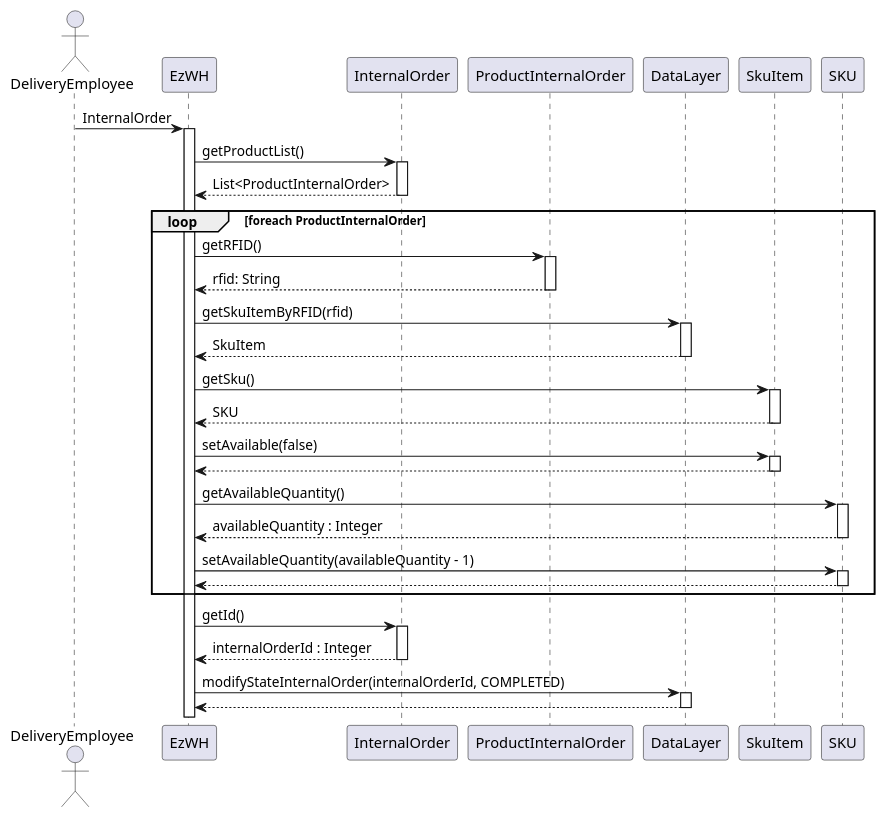
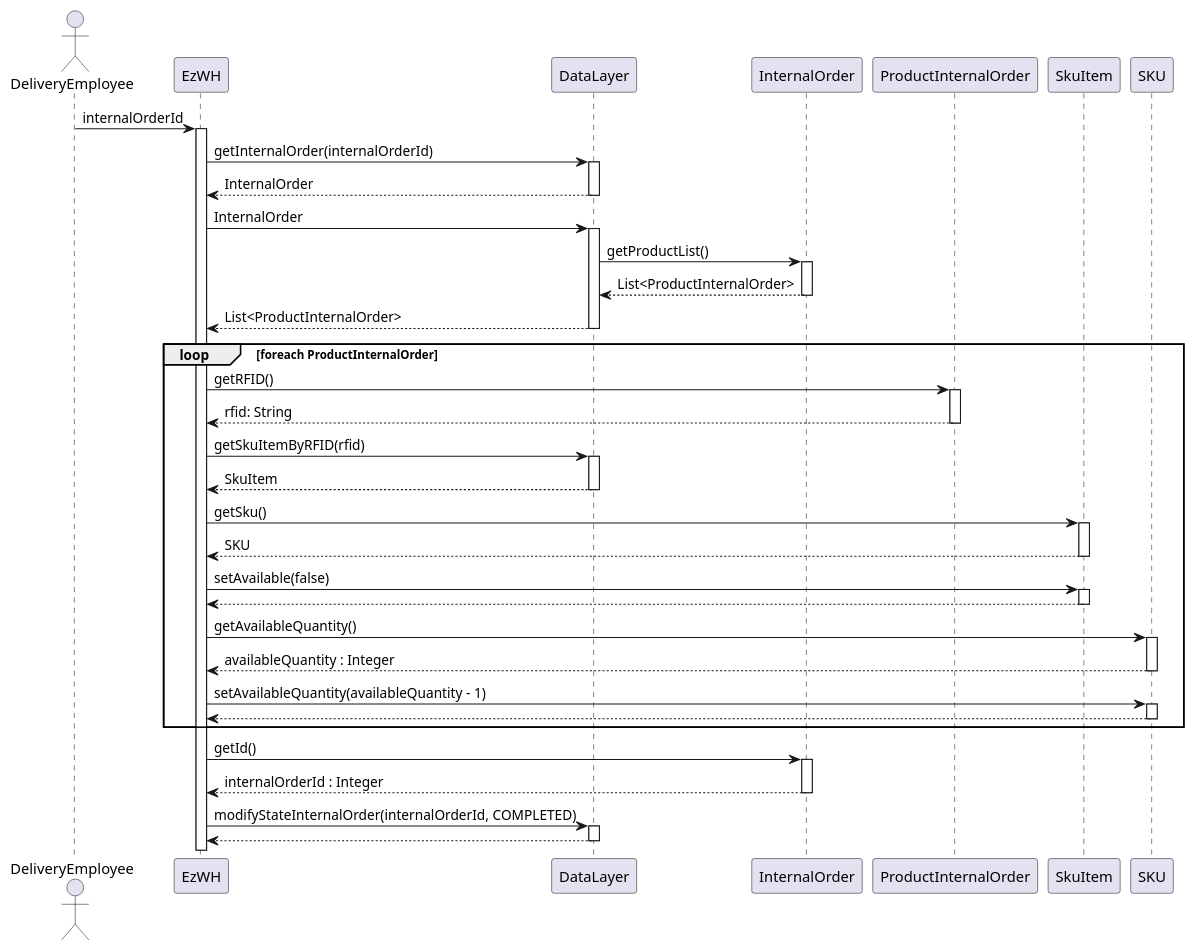
One commit to LucaFilippetti99/EzWh---Software-engineering-project changed the eighth of 8 diagrams in DesignDocument.md. Above: the diagram before and after it, drawn with PlantUML. The commit also changed other lines of this file, not shown here.

Commit message:
Several fixes to classes and 6-1 scenario sequence diagram

````diff
--- a/DesignDocument.md
+++ b/DesignDocument.md
@@ -695,48 +768,57 @@
 ```plantuml
 
 actor DeliveryEmployee
 
-DeliveryEmployee -> EzWH : InternalOrder
+DeliveryEmployee -> EzWH : internalOrderId
 activate EzWH
 
-EzWH -> InternalOrder : getProductList()
+EzWH -> DataLayer : getInternalOrder(internalOrderId)
+activate DataLayer
+return InternalOrder
+
+EzWH -> DataLayer : InternalOrder
+activate DataLayer
+
+DataLayer -> InternalOrder : getProductList()
 activate InternalOrder
+return List<ProductInternalOrder>
+
 return List<ProductInternalOrder>
 
 loop foreach ProductInternalOrder
 
 EzWH -> ProductInternalOrder : getRFID()
 activate ProductInternalOrder
 return rfid: String
 
 EzWH -> DataLayer : getSkuItemByRFID(rfid)
 activate DataLayer
 return SkuItem
 
 EzWH -> SkuItem : getSku()
 activate SkuItem
 return SKU
 
 EzWH -> SkuItem : setAvailable(false)
 activate SkuItem
-return 
+return
 
 EzWH -> SKU : getAvailableQuantity()
 activate SKU
 return availableQuantity : Integer
 
 EzWH -> SKU : setAvailableQuantity(availableQuantity - 1)
 activate SKU
 return
 
 end
 
 EzWH -> InternalOrder : getId()
 activate InternalOrder
 return internalOrderId : Integer
 
 EzWH -> DataLayer : modifyStateInternalOrder(internalOrderId, COMPLETED)
 activate DataLayer
 return
 
 ```
````
